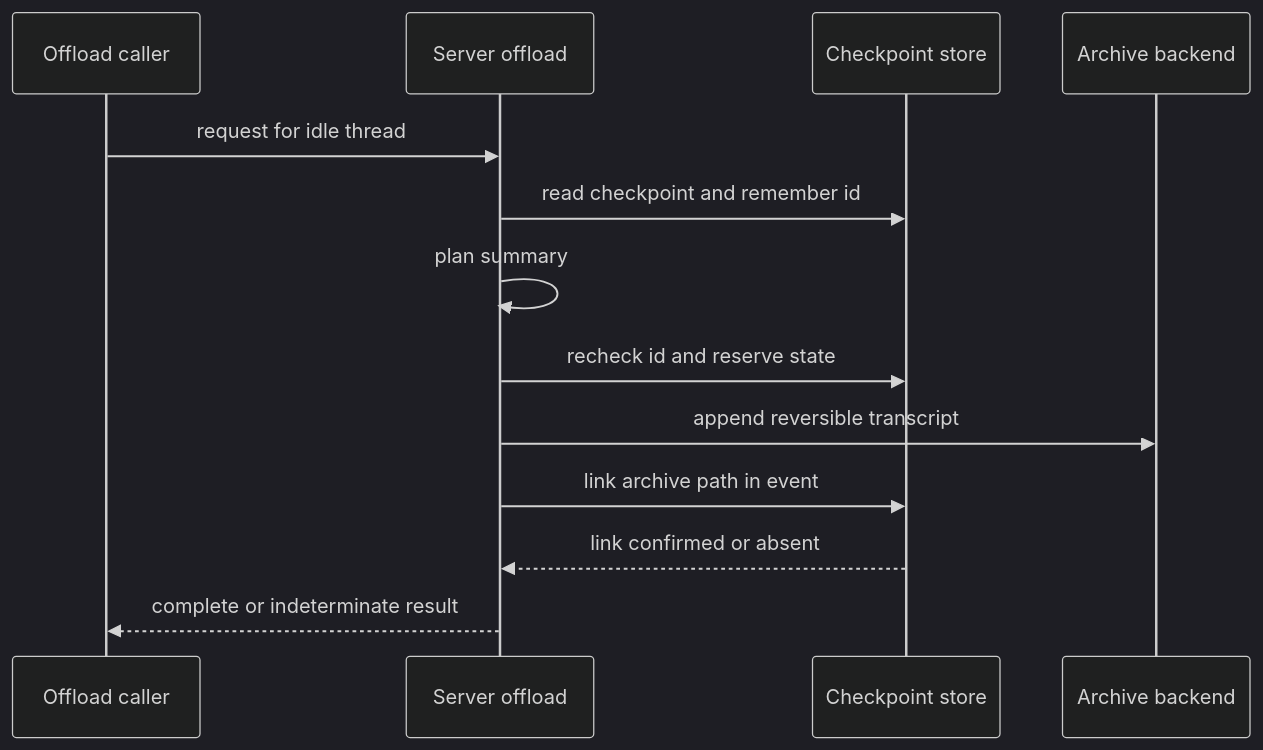
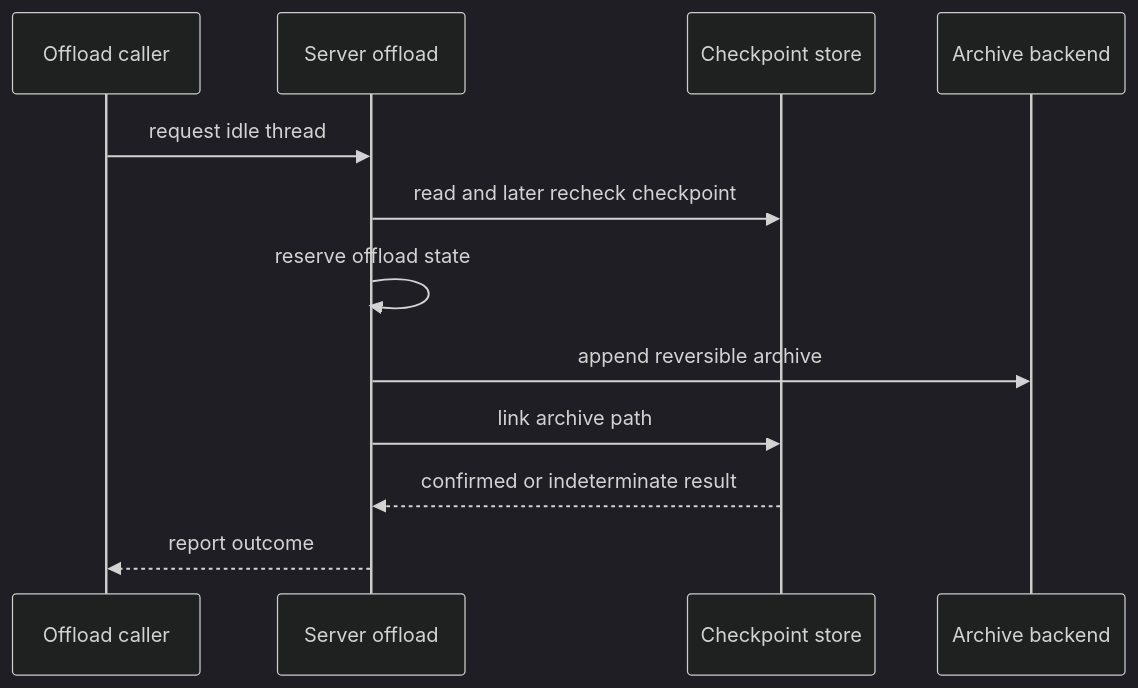
Before and after one commit to langchain-ai/deepagents: the second of 2 diagrams in openwiki/concepts/state-persistence.md, drawn with Mermaid (dark theme). The commit also changed other lines of this file and 35 other files, not shown here.

````diff
--- a/openwiki/concepts/state-persistence.md
+++ b/openwiki/concepts/state-persistence.md
@@ -102,15 +104,14 @@
 ```mermaid
 sequenceDiagram
     participant Caller as Offload caller
     participant Service as Server offload
     participant Store as Checkpoint store
     participant Archive as Archive backend
-    Caller->>Service: request for idle thread
-    Service->>Store: read checkpoint and remember id
-    Service->>Service: plan summary
-    Service->>Store: recheck id and reserve state
-    Service->>Archive: append reversible transcript
-    Service->>Store: link archive path in event
-    Store-->>Service: link confirmed or absent
-    Service-->>Caller: complete or indeterminate result
+    Caller->>Service: request idle thread
+    Service->>Store: read and later recheck checkpoint
+    Service->>Service: reserve offload state
+    Service->>Archive: append reversible archive
+    Service->>Store: link archive path
+    Store-->>Service: confirmed or indeterminate result
+    Service-->>Caller: report outcome
 ```
````
